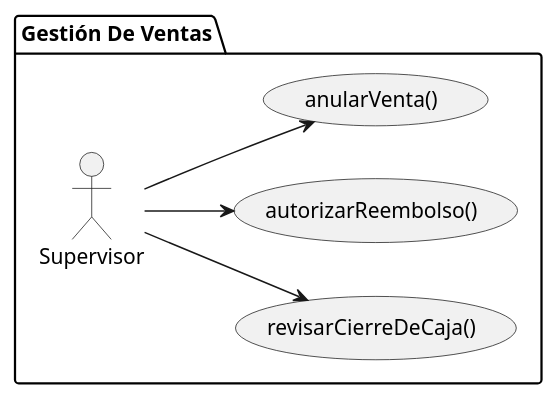
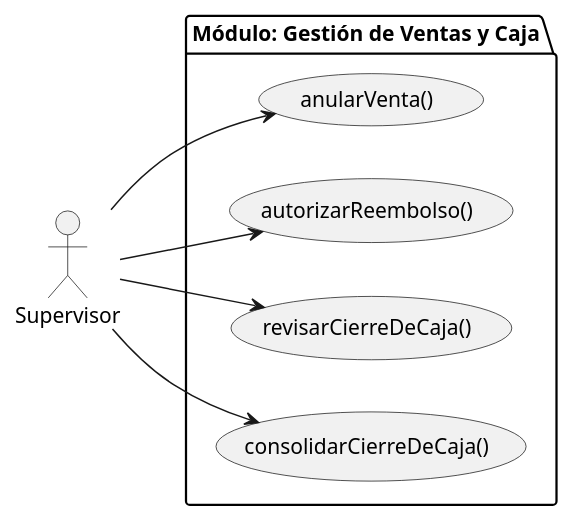
Before and after one commit to aeRomeroz/pyTicketing: the diagram in UML/00-requisitos/01-actores-casosDeUso/00-actores/Supervisor/Venta/DdCdU-supervisor-gestionDeVentas.puml, drawn with PlantUML. The commit also changed 14 other files, not shown here.

First line of the commit message:
refactor(casos-de-uso): estandarizar diagramas de casos de uso y relaciones UML

```diff
--- a/UML/00-requisitos/01-actores-casosDeUso/00-actores/Supervisor/Venta/DdCdU-supervisor-gestionDeVentas.puml
+++ b/UML/00-requisitos/01-actores-casosDeUso/00-actores/Supervisor/Venta/DdCdU-supervisor-gestionDeVentas.puml
@@ -1,19 +1,19 @@
-@startuml diagrama-casos-uso-supervisor-gestion-de-ventas
+@startuml DdCdU-supervisor-gestion-de-ventas
 
 left to right direction
 
-package "Gestión De Ventas" {
+actor "Supervisor" as supervisor
 
-    actor "Supervisor" as supervisor
-    
+package "Módulo: Gestión de Ventas y Caja" {
+    usecase anularVenta as "anularVenta()"
+    usecase autorizarReembolso as "autorizarReembolso()"
     usecase revisarCierreDeCaja as "revisarCierreDeCaja()"
-    usecase autorizarReembolso as "autorizarReembolso()"
-    usecase anularVenta as "anularVenta()"
- 
+    usecase consolidarCierreDeCaja as "consolidarCierreDeCaja()"
 }
 
+supervisor --> anularVenta
+supervisor --> autorizarReembolso
 supervisor --> revisarCierreDeCaja
-supervisor --> autorizarReembolso
-supervisor --> anularVenta
+supervisor --> consolidarCierreDeCaja
 
 @enduml
```
